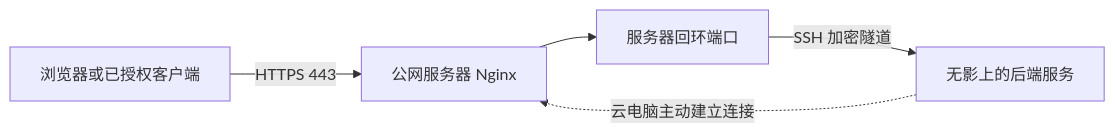
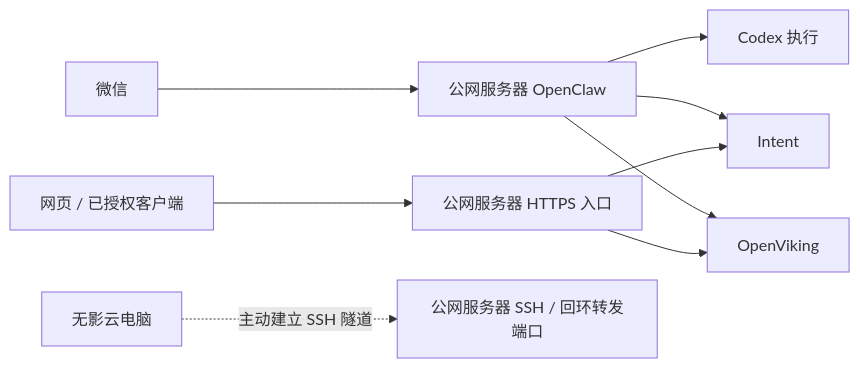
One commit to cytlabs/personal-site changed the diagram in posts/cloud-workspace-from-phone.md. Above: the diagram before and after it, drawn with Mermaid. The commit also changed other lines of this file and 2 other files, not shown here.

Commit message:
docs: focus workspace notes on architecture and service locations

````diff
--- a/posts/cloud-workspace-from-phone.md
+++ b/posts/cloud-workspace-from-phone.md
@@ -44,7 +52,11 @@
 ```mermaid
 flowchart LR
-    A[浏览器或已授权客户端] -->|HTTPS 443| B[公网服务器 Nginx]
-    B --> C[服务器回环端口]
-    C -->|SSH 加密隧道| D[无影上的后端服务]
-    D -. 云电脑主动建立连接 .-> B
+    A[微信] --> B[公网服务器 OpenClaw]
+    B --> C[Codex 执行]
+    B --> D[Intent]
+    B --> E[OpenViking]
+    F[网页 / 已授权客户端] --> G[公网服务器 HTTPS 入口]
+    G --> D
+    G --> E
+    H[无影云电脑] -. 主动建立 SSH 隧道 .-> S[公网服务器 SSH / 回环转发端口]
 ```
````
